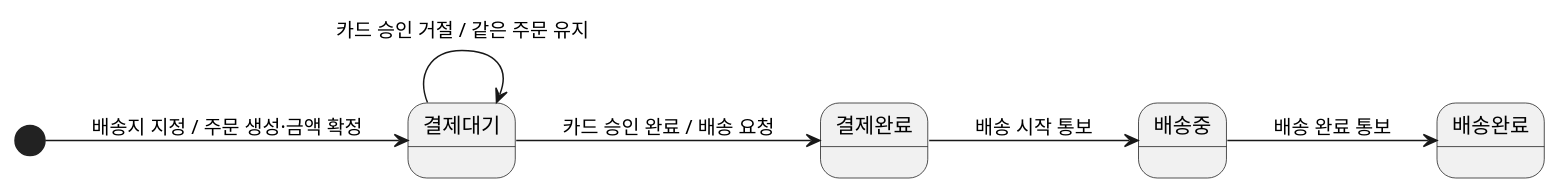
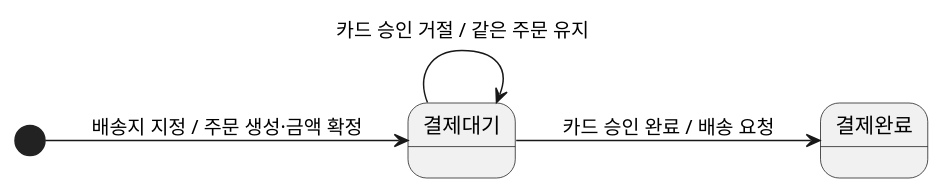
Before and after one commit to YoungSan77/TrainingMaterials: the third of 9 diagrams in courses/ai-native/sessions/s05.md, drawn with PlantUML. The commit also changed other lines of this file and 437 other files, not shown here.

````diff
--- a/courses/ai-native/sessions/s05.md
+++ b/courses/ai-native/sessions/s05.md
@@ -136,14 +199,10 @@
 ```plantuml:state
 @startuml
 left to right direction
 state "결제대기" as Pending
 state "결제완료" as Paid
-state "배송중" as InDelivery
-state "배송완료" as Delivered
 [*] --> Pending : 배송지 지정 / 주문 생성·금액 확정
 Pending --> Pending : 카드 승인 거절 / 같은 주문 유지
 Pending --> Paid : 카드 승인 완료 / 배송 요청
-Paid --> InDelivery : 배송 시작 통보
-InDelivery --> Delivered : 배송 완료 통보
 @enduml
 ```
````
